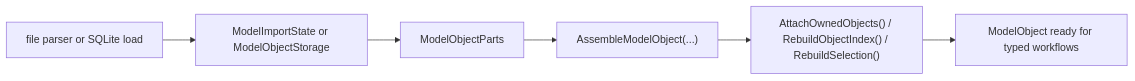
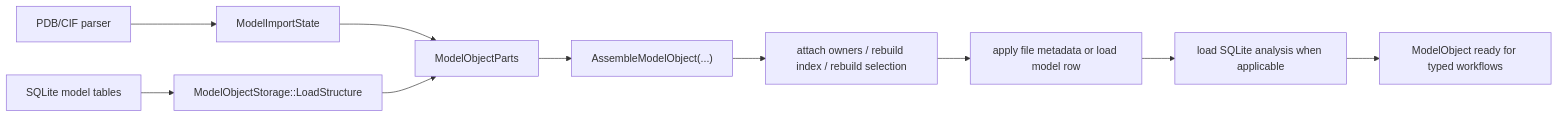
The first of 3 diagrams in docs/developer/architecture/object-architecture.md (yslianTim/rhbm_gem), drawn with Mermaid before and after one commit. The commit also changed other lines of this file, not shown here.

````diff
--- a/docs/developer/architecture/object-architecture.md
+++ b/docs/developer/architecture/object-architecture.md
@@ -128,8 +144,12 @@
 ```mermaid
 flowchart LR
-    A["file parser or SQLite load"] --> B["ModelImportState or ModelObjectStorage"]
-    B --> C["ModelObjectParts"]
-    C --> D["AssembleModelObject(...)"]
-    D --> E["AttachOwnedObjects() / RebuildObjectIndex() / RebuildSelection()"]
-    E --> F["ModelObject ready for typed workflows"]
+    A["PDB/CIF parser"] --> B["ModelImportState"]
+    C["SQLite model tables"] --> D["ModelObjectStorage::LoadStructure"]
+    B --> E["ModelObjectParts"]
+    D --> E
+    E --> F["AssembleModelObject(...)"]
+    F --> G["attach owners / rebuild index / rebuild selection"]
+    G --> H["apply file metadata or load model row"]
+    H --> I["load SQLite analysis when applicable"]
+    I --> J["ModelObject ready for typed workflows"]
 ```
````
